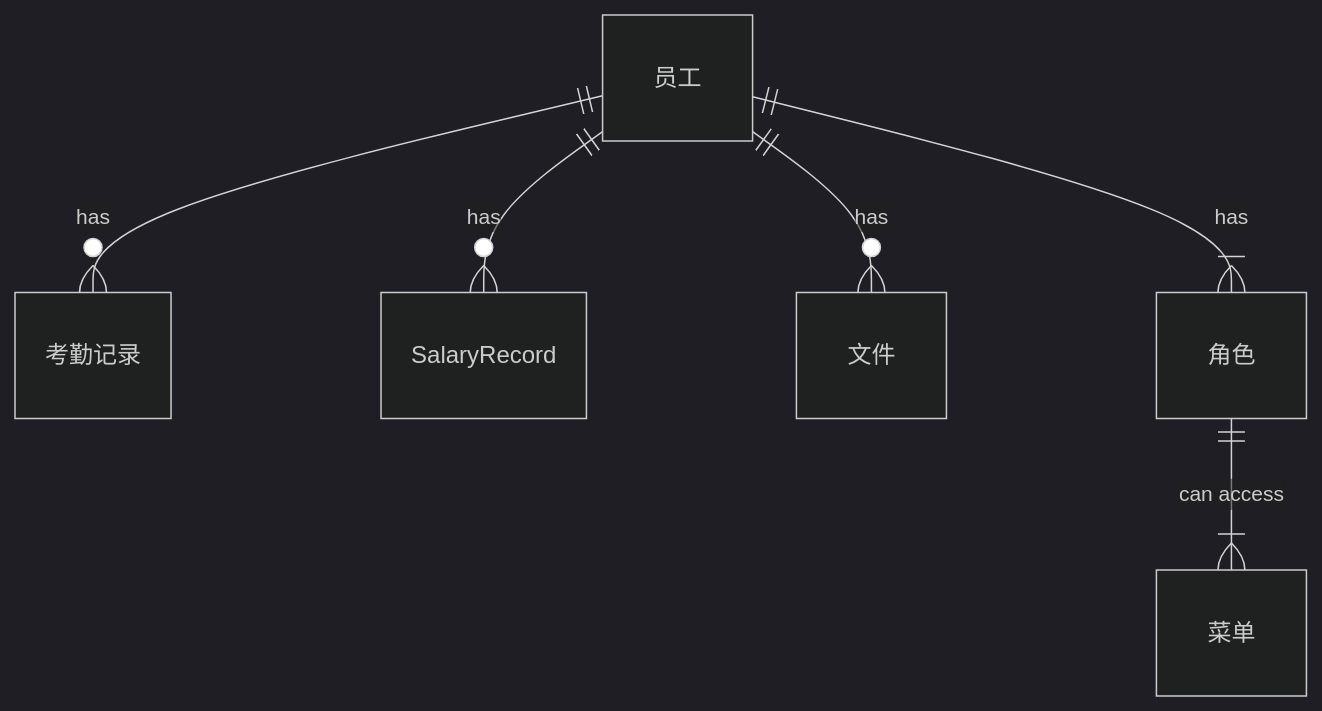
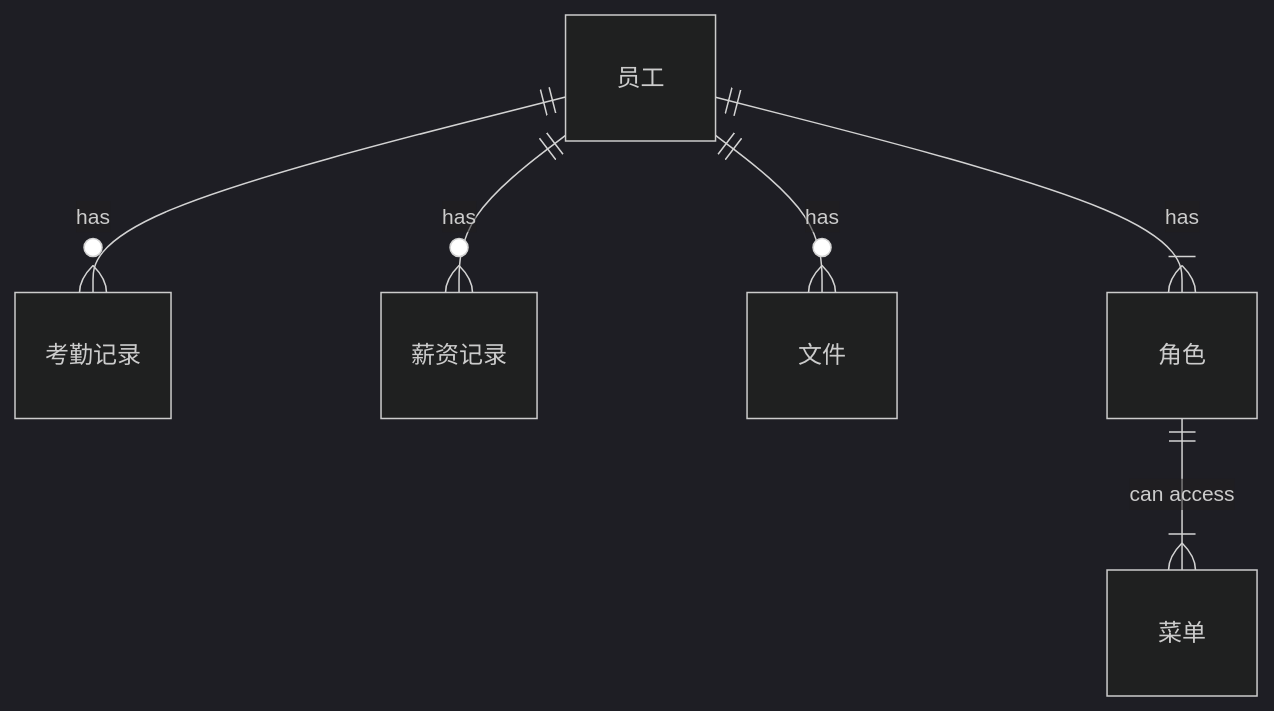
Before and after one commit to 1235648solitary/iodraw-files: the diagram in all/未命名-1.md, drawn with Mermaid (dark theme).

Commit message:
2025-04-22 23:28:48 update

````diff
--- a/all/未命名-1.md
+++ b/all/未命名-1.md
@@ -1,9 +1,9 @@
 ```mermaid
 erDiagram
               "员工" ||--o{ "考勤记录" : "has"
-    "员工" ||--o{ SalaryRecord : "has"
+    "员工" ||--o{ "薪资记录" : "has"
     "员工"||--o{ "文件" : "has"
     "员工" ||--|{ "角色" : "has"
     "角色" ||--|{ "菜单" : "can access" 
             
 ```
````
